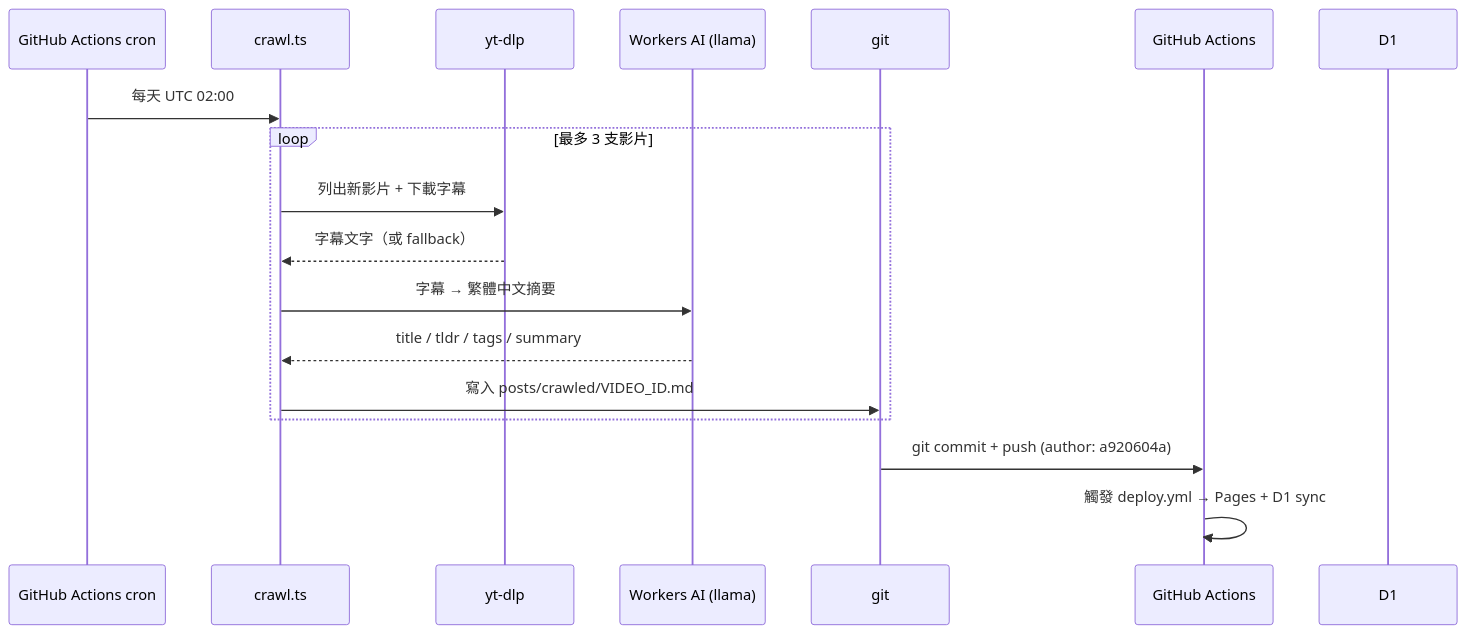
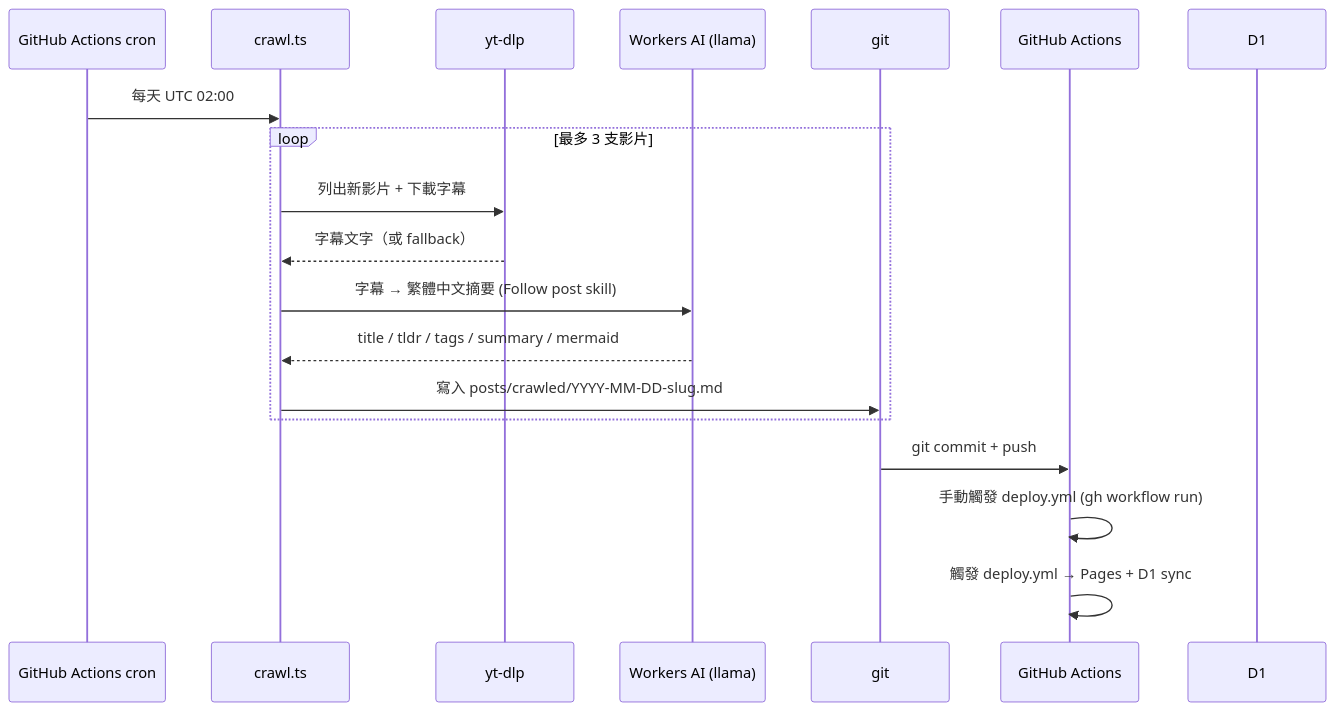
The third of 4 diagrams in docs/architecture.md (a920604a/engineernews), drawn with Mermaid before and after one commit. The commit also changed other lines of this file and 2 other files, not shown here.

Commit message:
feat: Add deploy trigger to crawl workflow and enhance architecture documentation with incremental sync details

````diff
--- a/docs/architecture.md
+++ b/docs/architecture.md
@@ -79,21 +79,22 @@
 ```mermaid
 sequenceDiagram
   participant Cron as GitHub Actions cron
   participant Crawl as crawl.ts
   participant YT as yt-dlp
   participant LLM as Workers AI (llama)
   participant Git as git
   participant GH as GitHub Actions
   participant D1
 
   Cron->>Crawl: 每天 UTC 02:00
   loop 最多 3 支影片
     Crawl->>YT: 列出新影片 + 下載字幕
     YT-->>Crawl: 字幕文字（或 fallback）
-    Crawl->>LLM: 字幕 → 繁體中文摘要
-    LLM-->>Crawl: title / tldr / tags / summary
-    Crawl->>Git: 寫入 posts/crawled/VIDEO_ID.md
+    Crawl->>LLM: 字幕 → 繁體中文摘要 (Follow post skill)
+    LLM-->>Crawl: title / tldr / tags / summary / mermaid
+    Crawl->>Git: 寫入 posts/crawled/YYYY-MM-DD-slug.md
   end
-  Git->>GH: git commit + push (author: a920604a)
+  Git->>GH: git commit + push
+  GH->>GH: 手動觸發 deploy.yml (gh workflow run)
   GH->>GH: 觸發 deploy.yml → Pages + D1 sync
 ```
````
